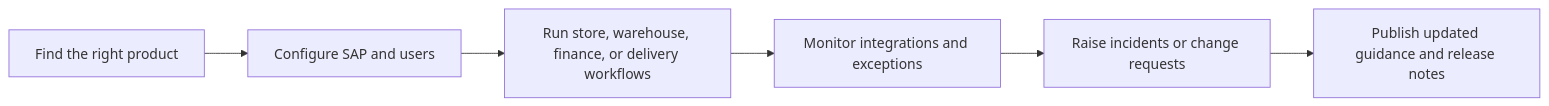
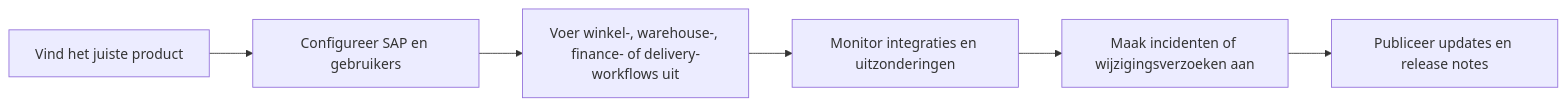
The diagram in home/README.md (gitbook-demo-sites/aiden-demo-site-20260625), drawn with Mermaid before and after one commit. The commit also changed other lines of this file and 32 other files, not shown here.

````diff
--- a/home/README.md
+++ b/home/README.md
@@ -73,8 +73,8 @@
 ```mermaid
 flowchart LR
-    Explore[Find the right product] --> Configure[Configure SAP and users]
-    Configure --> Operate[Run store, warehouse, finance, or delivery workflows]
-    Operate --> Monitor[Monitor integrations and exceptions]
-    Monitor --> Support[Raise incidents or change requests]
-    Support --> Improve[Publish updated guidance and release notes]
+    Explore[Vind het juiste product] --> Configure[Configureer SAP en gebruikers]
+    Configure --> Operate[Voer winkel-, warehouse-, finance- of delivery-workflows uit]
+    Operate --> Monitor[Monitor integraties en uitzonderingen]
+    Monitor --> Support[Maak incidenten of wijzigingsverzoeken aan]
+    Support --> Improve[Publiceer updates en release notes]
 ```
````
